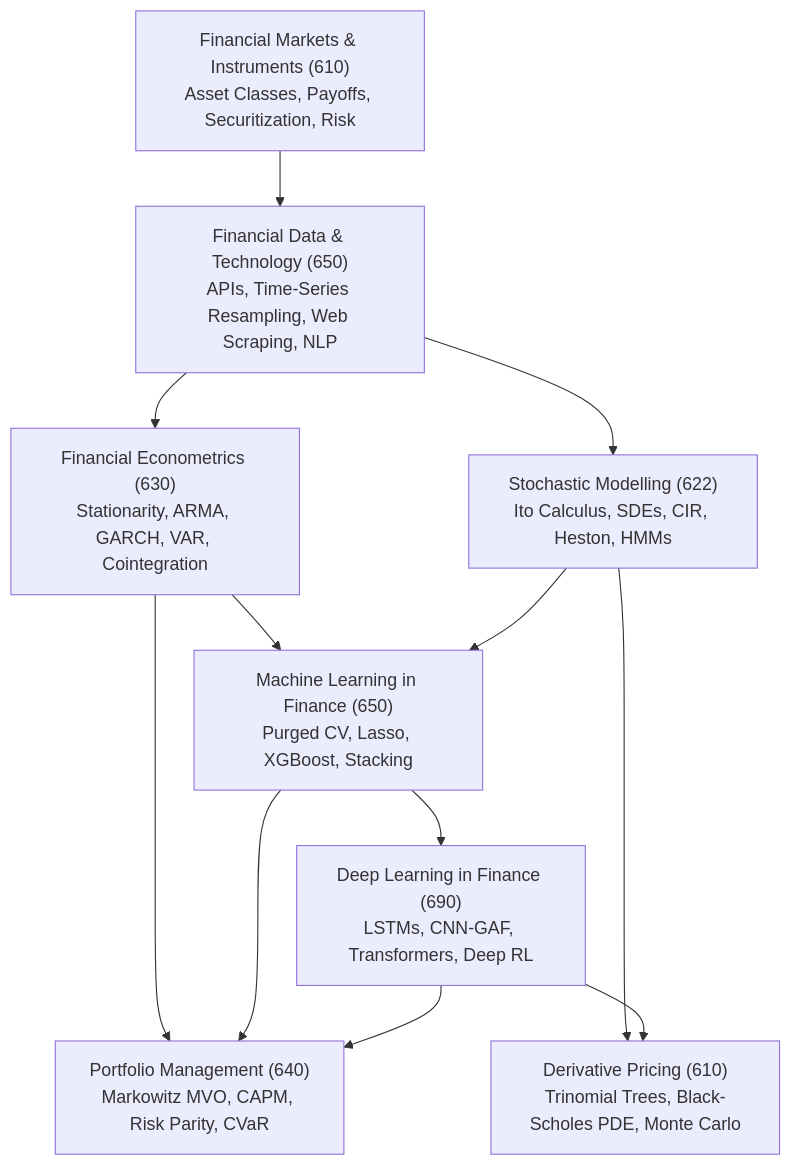
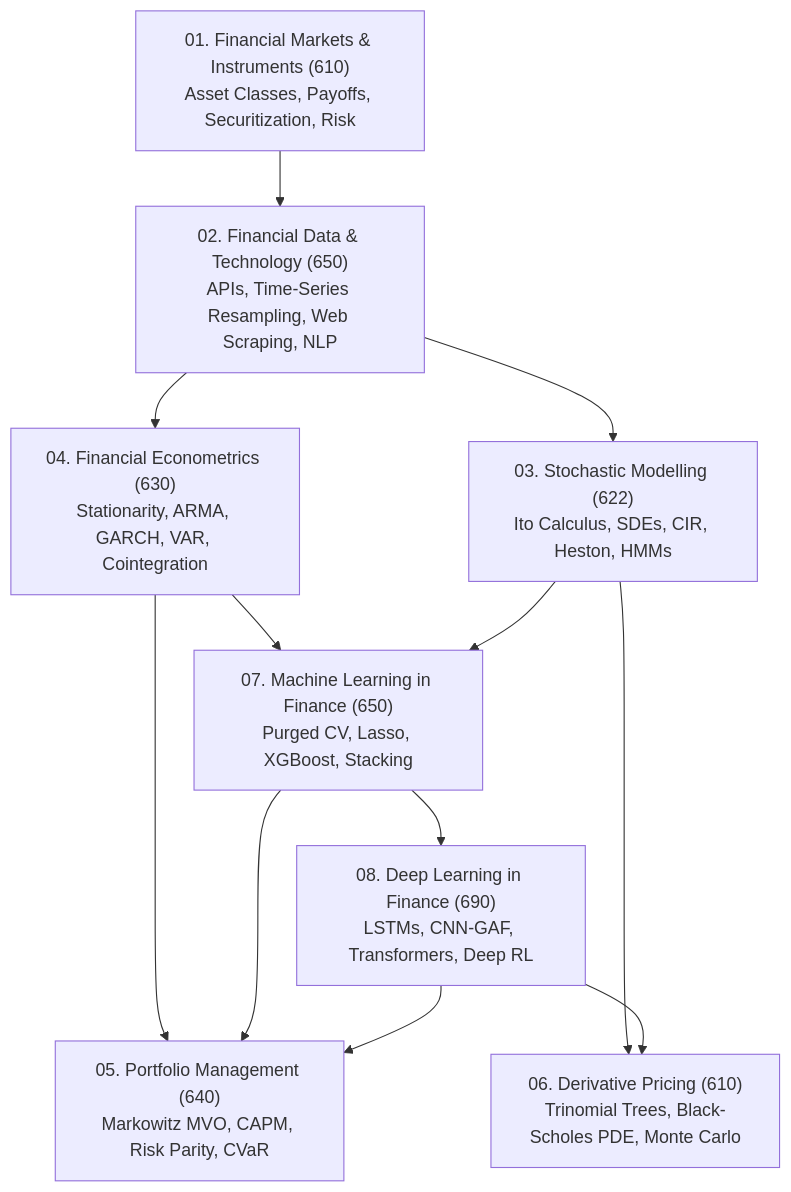
The diagram in README.md (eggieinquant/wqu), drawn with Mermaid before and after one commit. The commit also changed other lines of this file and 28 other files, not shown here.

Commit message:
feat(docs): rank module directories in WQU MScFE chronological sequence (01 to 08)

````diff
--- a/README.md
+++ b/README.md
@@ -11,19 +11,19 @@
 ```mermaid
 flowchart TD
-    FM["Financial Markets & Instruments (610)\nAsset Classes, Payoffs, Securitization, Risk"] --> FD["Financial Data & Technology (650)\nAPIs, Time-Series Resampling, Web Scraping, NLP"]
+    FM["01. Financial Markets & Instruments (610)\nAsset Classes, Payoffs, Securitization, Risk"] --> FD["02. Financial Data & Technology (650)\nAPIs, Time-Series Resampling, Web Scraping, NLP"]
     
-    FD --> FE["Financial Econometrics (630)\nStationarity, ARMA, GARCH, VAR, Cointegration"]
-    FD --> SM["Stochastic Modelling (622)\nIto Calculus, SDEs, CIR, Heston, HMMs"]
+    FD --> SM["03. Stochastic Modelling (622)\nIto Calculus, SDEs, CIR, Heston, HMMs"]
+    FD --> FE["04. Financial Econometrics (630)\nStationarity, ARMA, GARCH, VAR, Cointegration"]
     
-    FE --> ML["Machine Learning in Finance (650)\nPurged CV, Lasso, XGBoost, Stacking"]
+    FE --> ML["07. Machine Learning in Finance (650)\nPurged CV, Lasso, XGBoost, Stacking"]
     SM --> ML
     
-    FE --> PM["Portfolio Management (640)\nMarkowitz MVO, CAPM, Risk Parity, CVaR"]
+    FE --> PM["05. Portfolio Management (640)\nMarkowitz MVO, CAPM, Risk Parity, CVaR"]
     ML --> PM
     
-    ML --> DL["Deep Learning in Finance (690)\nLSTMs, CNN-GAF, Transformers, Deep RL"]
+    ML --> DL["08. Deep Learning in Finance (690)\nLSTMs, CNN-GAF, Transformers, Deep RL"]
     DL --> PM
     
-    SM --> DP["Derivative Pricing (610)\nTrinomial Trees, Black-Scholes PDE, Monte Carlo"]
+    SM --> DP["06. Derivative Pricing (610)\nTrinomial Trees, Black-Scholes PDE, Monte Carlo"]
     DL --> DP
 ```
````
